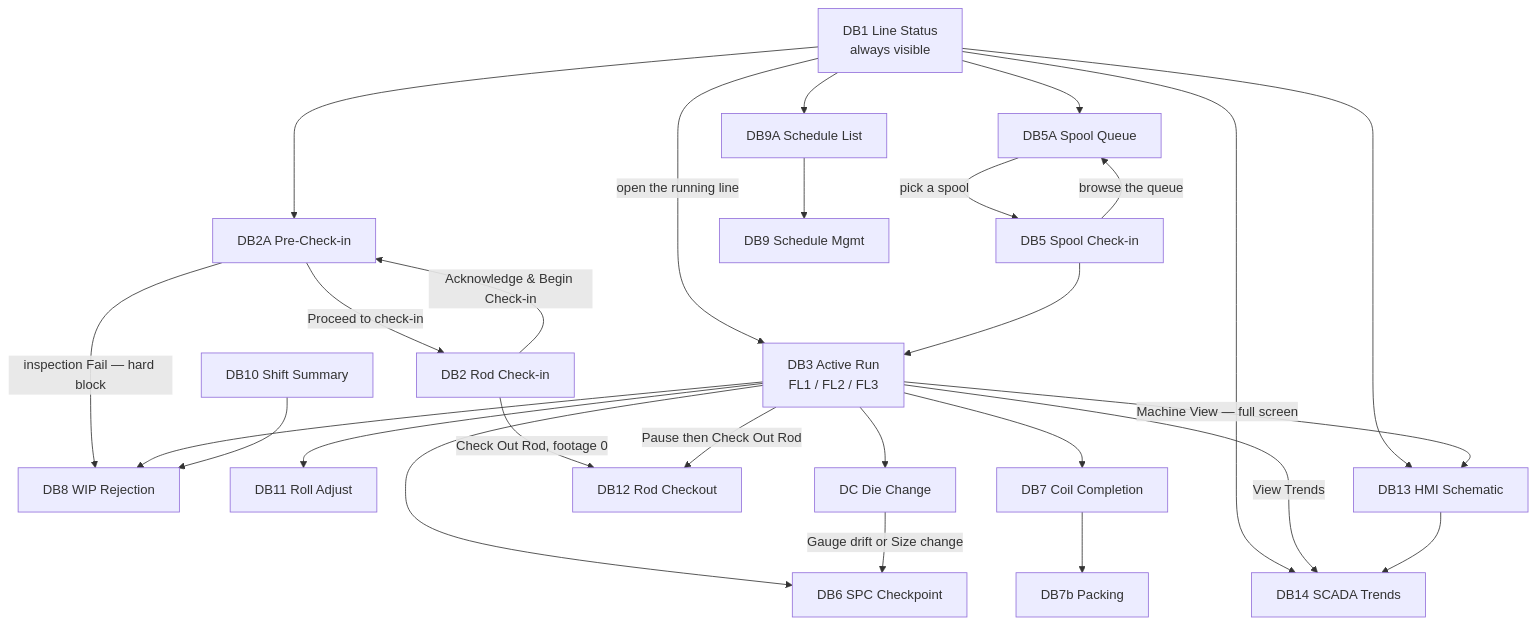
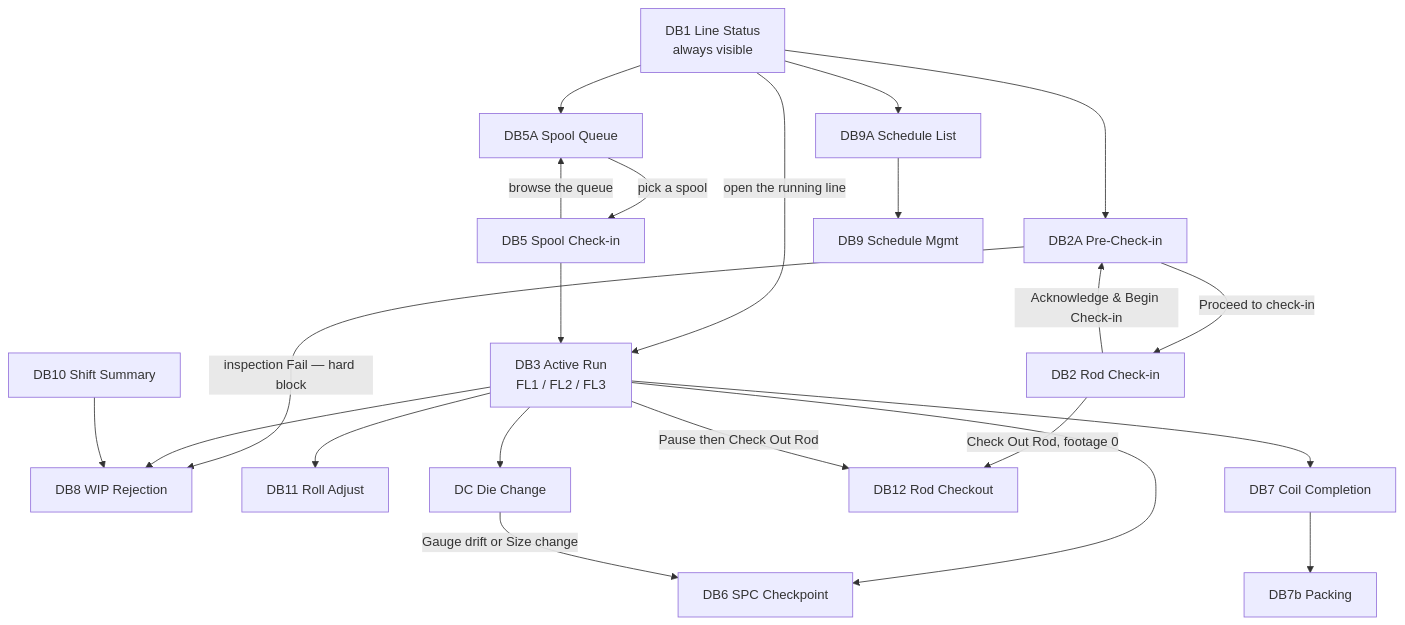
The seventh of 7 diagrams in LatestDocument/ProjectPlan/02-SRS.md (UnitedAluminum/Flatwire-planning), drawn with Mermaid before and after one commit. The commit also changed other lines of this file and 71 other files, not shown here.

````diff
--- a/LatestDocument/ProjectPlan/02-SRS.md
+++ b/LatestDocument/ProjectPlan/02-SRS.md
@@ -1394,48 +1385,41 @@
 ```mermaid
 flowchart TD
   DB1["DB1 Line Status<br/>always visible"]
   DB2A["DB2A Pre-Check-in"]
   DB2["DB2 Rod Check-in"]
   DB5["DB5 Spool Check-in"]
   DB5A["DB5A Spool Queue"]
   DB9A["DB9A Schedule List"]
   DB9["DB9 Schedule Mgmt"]
   DB3["DB3 Active Run<br/>FL1 / FL2 / FL3"]
   DB6["DB6 SPC Checkpoint"]
   DB8["DB8 WIP Rejection"]
   DB11["DB11 Roll Adjust"]
   DC["DC Die Change"]
   DB12["DB12 Rod Checkout"]
   DB7["DB7 Coil Completion"]
   DB7b["DB7b Packing"]
   DB10["DB10 Shift Summary"]
-  DB13["DB13 HMI Schematic"]
-  DB14["DB14 SCADA Trends"]
 
   DB1 --> DB2A
   DB1 -->|open the running line| DB3
   DB1 --> DB5A
   DB1 --> DB9A
-  DB1 --> DB13
-  DB1 --> DB14
   DB9A --> DB9
   DB5A -->|pick a spool| DB5
   DB5 -->|browse the queue| DB5A
   DB2A -->|Proceed to check-in| DB2
   DB2A -->|inspection Fail — hard block| DB8
   DB2 -->|Acknowledge & Begin Check-in| DB2A
   DB2 -->|Check Out Rod, footage 0| DB12
   DB5 --> DB3
   DB3 --> DB6
   DB3 --> DB8
   DB3 --> DB11
   DB3 --> DC
   DB3 --> DB7
-  DB3 -->|Machine View — full screen| DB13
-  DB3 -->|View Trends| DB14
   DB3 -->|Pause then Check Out Rod| DB12
   DC -->|Gauge drift or Size change| DB6
   DB7 --> DB7b
-  DB13 --> DB14
   DB10 --> DB8
 ```
````
